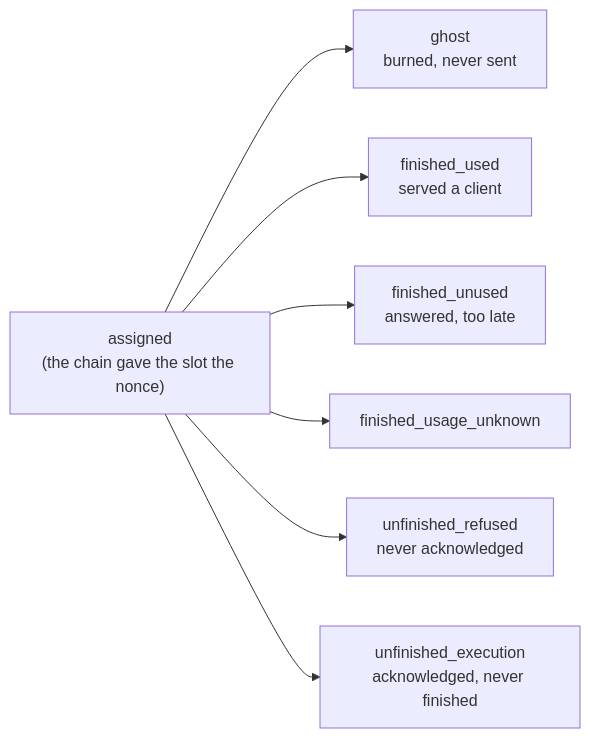
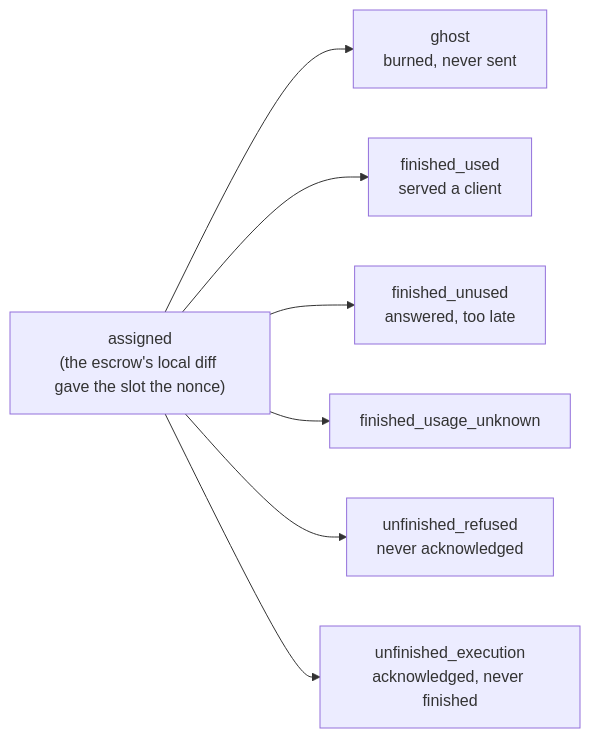
The diagram in devshard/cmd/gateway/docs/accounting.md (kaileido/gonka), drawn with Mermaid before and after one commit. The commit also changed other lines of this file and 8 other files, not shown here.

````diff
--- a/devshard/cmd/gateway/docs/accounting.md
+++ b/devshard/cmd/gateway/docs/accounting.md
@@ -39,9 +39,9 @@
 ```mermaid
 graph LR
-    A["assigned<br/>(the chain gave the slot the nonce)"] --> B["ghost<br/>burned, never sent"]
+    A["assigned<br/>(the escrow's local diff gave the slot the nonce)"] --> B["ghost<br/>burned, never sent"]
     A --> C["finished_used<br/>served a client"]
     A --> D["finished_unused<br/>answered, too late"]
     A --> E["finished_usage_unknown"]
     A --> F["unfinished_refused<br/>never acknowledged"]
     A --> G["unfinished_execution<br/>acknowledged, never finished"]
 ```
````
